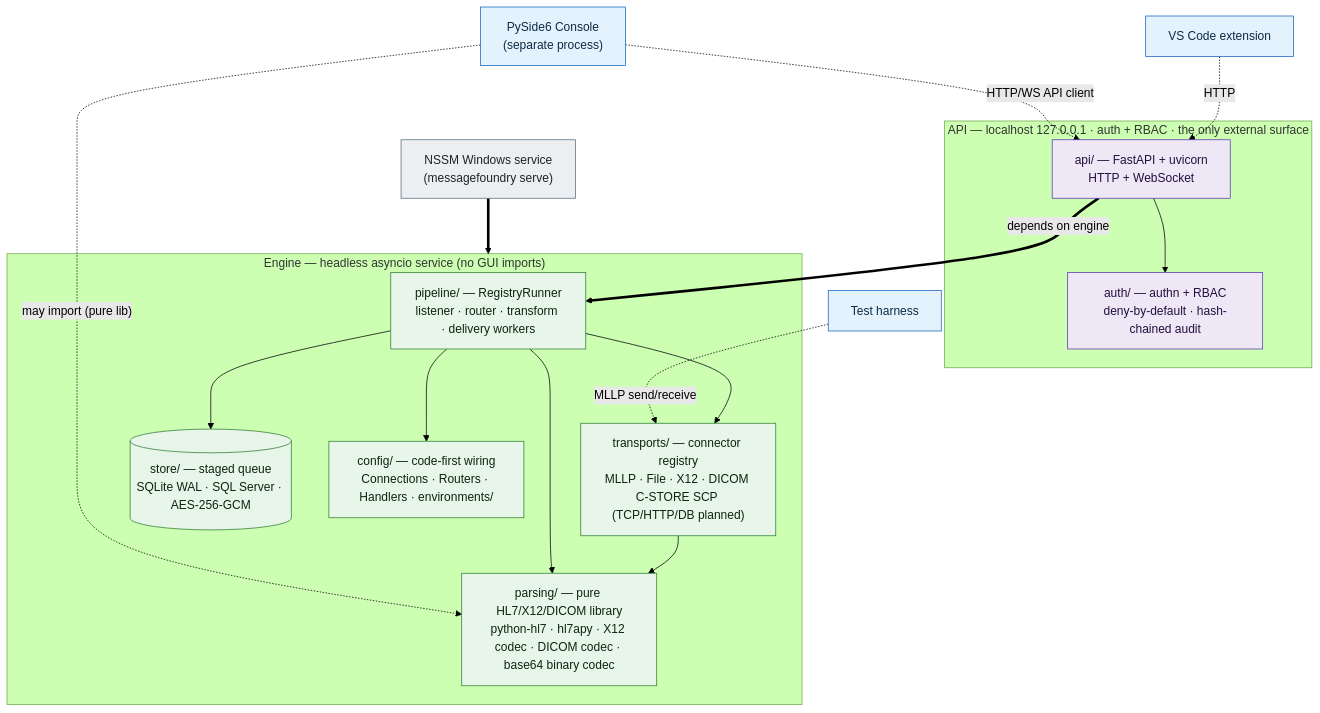
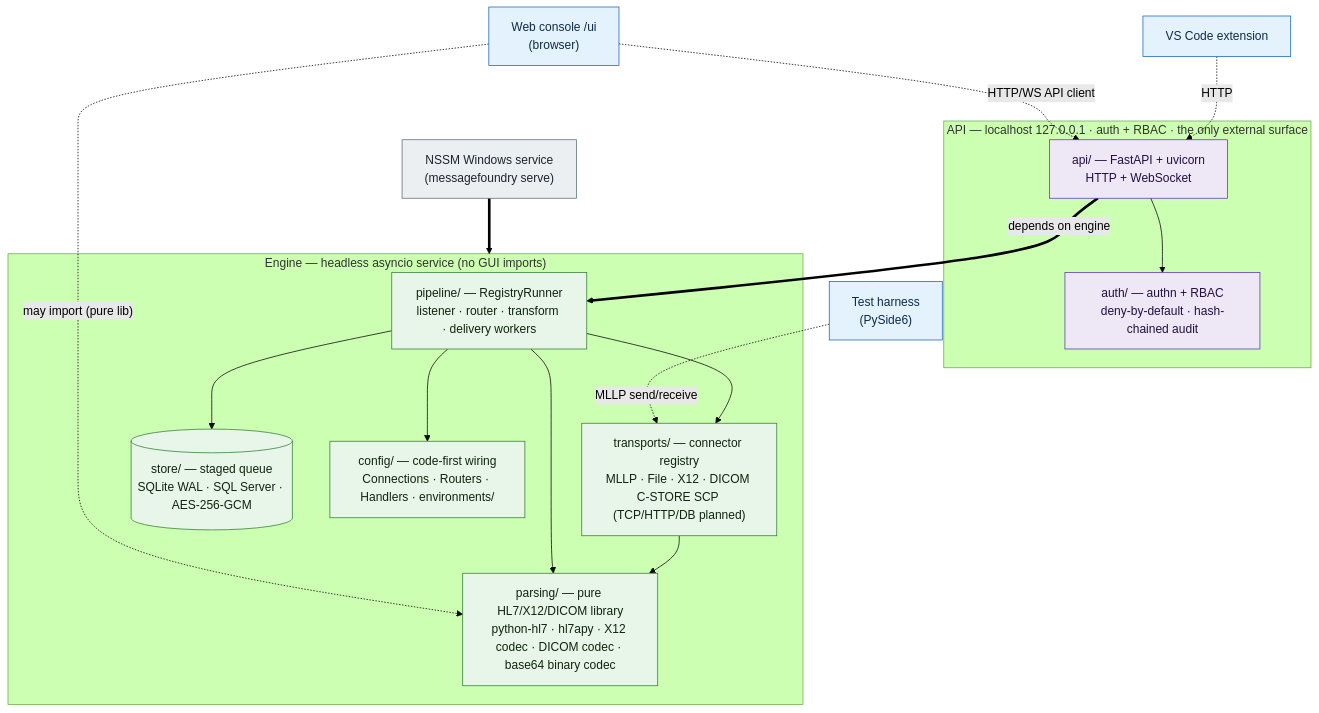
One commit to MEFORORG/MessageFoundry changed the first of 3 diagrams in docs/ARCHITECTURE.md. Above: the diagram before and after it, drawn with Mermaid (forest theme). The commit also changed other lines of this file and 133 other files, not shown here.

````diff
--- a/docs/ARCHITECTURE.md
+++ b/docs/ARCHITECTURE.md
@@ -71,42 +72,42 @@
 ```mermaid
 flowchart TB
   classDef client fill:#e3f2fd,stroke:#1565c0,color:#0d2b45;
   classDef api fill:#ede7f6,stroke:#5e35b1,color:#22103f;
   classDef engine fill:#e8f5e9,stroke:#2e7d32,color:#10240f;
   classDef deploy fill:#eceff1,stroke:#546e7a,color:#1c2429;
 
-  CON["PySide6 Console<br/>(separate process)"]:::client
+  CON["Web console /ui<br/>(browser)"]:::client
   IDE["VS Code extension"]:::client
-  HARNESS["Test harness"]:::client
+  HARNESS["Test harness<br/>(PySide6)"]:::client
 
   subgraph API_BND["API — localhost 127.0.0.1 · auth + RBAC · the only external surface"]
     API["api/ — FastAPI + uvicorn<br/>HTTP + WebSocket"]:::api
     AUTH["auth/ — authn + RBAC<br/>deny-by-default · hash-chained audit"]:::api
   end
 
   subgraph ENGINE["Engine — headless asyncio service (no GUI imports)"]
     PIPE["pipeline/ — RegistryRunner<br/>listener · router · transform · delivery workers"]:::engine
     TRANS["transports/ — connector registry<br/>MLLP · File · X12 · DICOM C-STORE SCP (TCP/HTTP/DB planned)"]:::engine
     PARSE["parsing/ — pure HL7/X12/DICOM library<br/>python-hl7 · hl7apy · X12 codec · DICOM codec · base64 binary codec"]:::engine
     STORE[("store/ — staged queue<br/>SQLite WAL · SQL Server · AES-256-GCM")]:::engine
     CFG["config/ — code-first wiring<br/>Connections · Routers · Handlers · environments/"]:::engine
   end
 
   NSSM["NSSM Windows service<br/>(messagefoundry serve)"]:::deploy
 
   CON -.->|"HTTP/WS API client"| API
   IDE -.->|"HTTP"| API
   HARNESS -.->|"MLLP send/receive"| TRANS
   CON -.->|"may import (pure lib)"| PARSE
 
   API --> AUTH
   API ==>|"depends on engine"| PIPE
 
   PIPE --> TRANS
   PIPE --> PARSE
   PIPE --> STORE
   PIPE --> CFG
   TRANS --> PARSE
 
   NSSM ==> ENGINE
 ```
````
